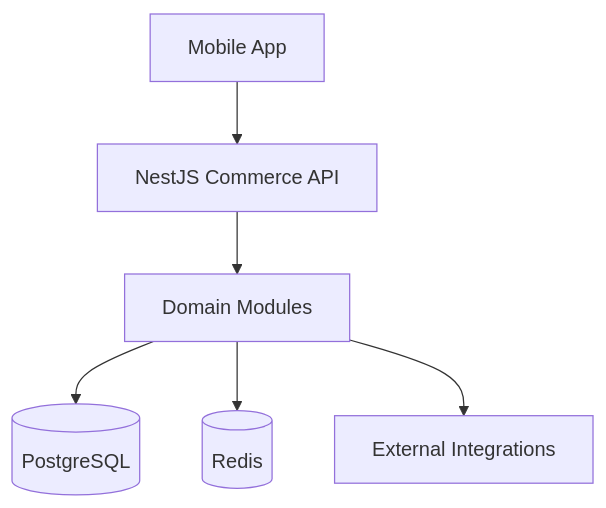
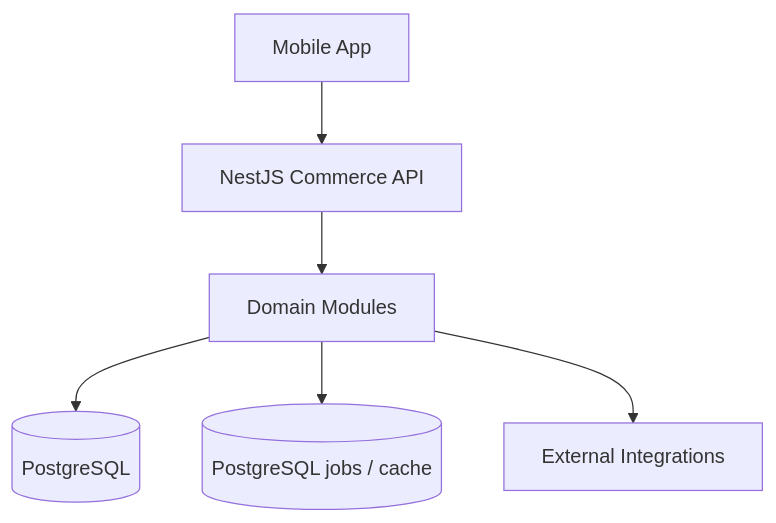
The seventh of 9 diagrams in README.md (Izyane-InovSolutions/commerce), drawn with Mermaid before and after one commit. The commit also changed other lines of this file and 79 other files, not shown here.

````diff
--- a/README.md
+++ b/README.md
@@ -495,8 +495,8 @@
 ```mermaid
 flowchart TD
     MOBILE[Mobile App] --> API[NestJS Commerce API]
     API --> MODULES[Domain Modules]
     MODULES --> DB[(PostgreSQL)]
-    MODULES --> REDIS[(Redis)]
+    MODULES --> JOBS[(PostgreSQL jobs / cache)]
     MODULES --> EXT[External Integrations]
 ```
````
